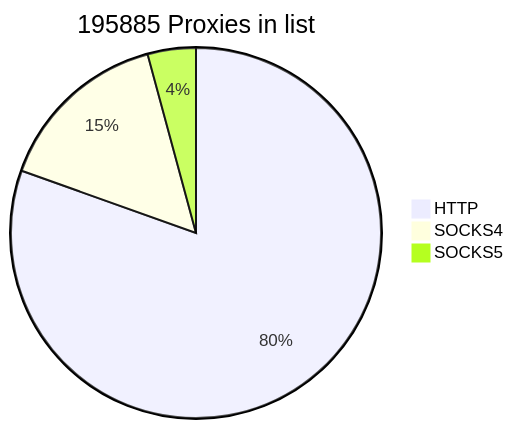
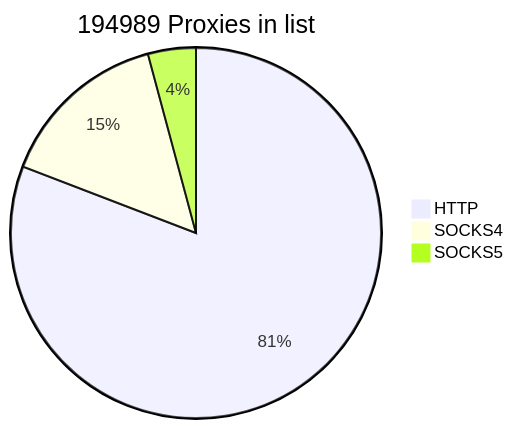
Before and after one commit to cutipu/proxylist: the first of 2 diagrams in README.md, drawn with Mermaid. The commit also changed other lines of this file, not shown here.

````diff
--- a/README.md
+++ b/README.md
@@ -2,7 +2,7 @@
 ```mermaid
-pie title 195885 Proxies in list
-    "HTTP" : 157608
-    "SOCKS4" : 30035
-    "SOCKS5" : 8242
+pie title 194989 Proxies in list
+    "HTTP" : 157613
+    "SOCKS4" : 29229
+    "SOCKS5" : 8147
             
 ```
````
